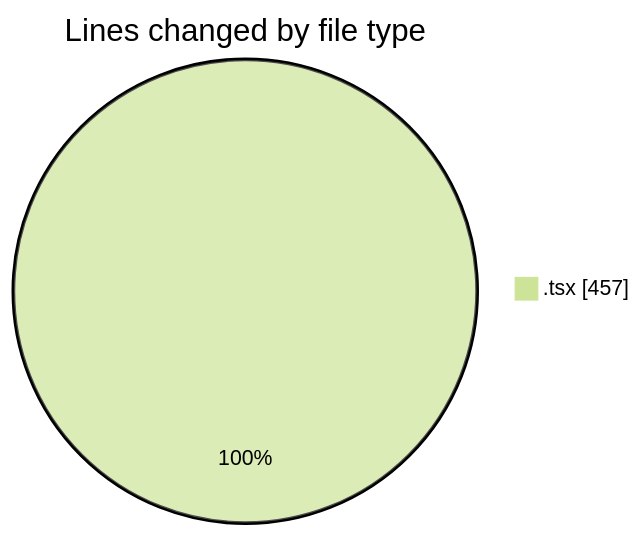
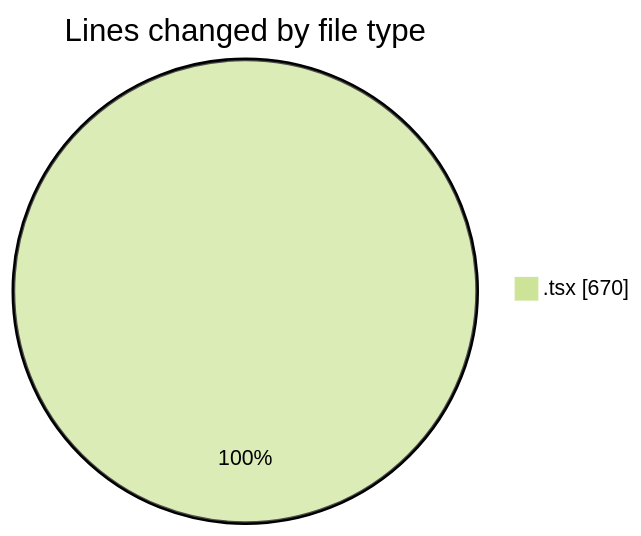
The first of 2 diagrams in 2026-07-12/nxtqube_webapp/README.md (nxtqubesakshisongat/code-tracking), drawn with Mermaid (forest theme) before and after one commit. The commit also changed other lines of this file and 1 other file, not shown here.

````diff
--- a/2026-07-12/nxtqube_webapp/README.md
+++ b/2026-07-12/nxtqube_webapp/README.md
@@ -22,5 +23,5 @@
 ```mermaid
 pie showData
 title Lines changed by file type
-".tsx" : 457
+".tsx" : 670
 ```
````
